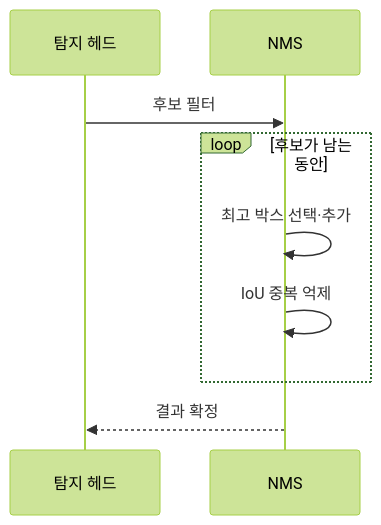
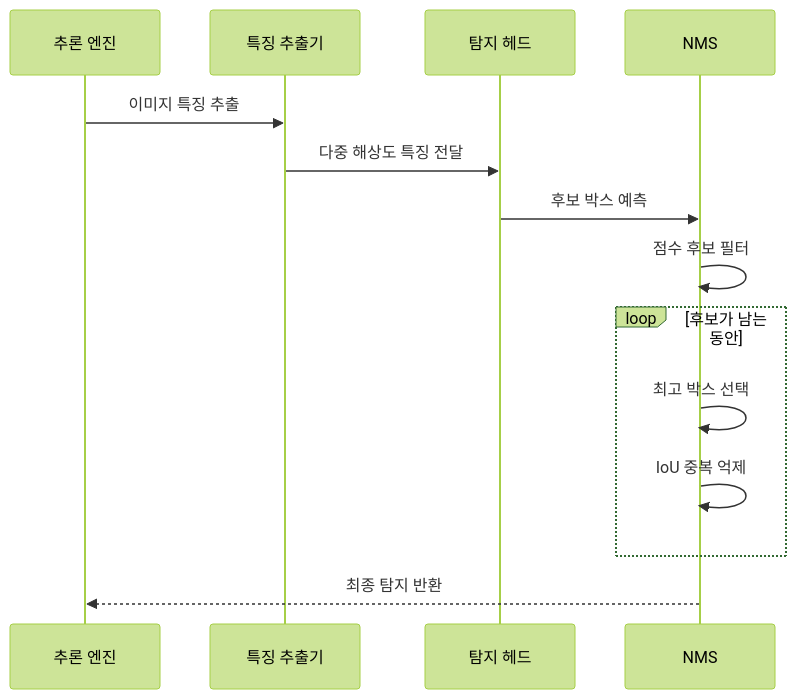
The second of 2 diagrams in src/content/docs/notes/01-basic-theory/055_object_detection.md (agnusdei1207/knowledge-base), drawn with Mermaid (forest theme) before and after one commit. The commit also changed other lines of this file and 7 other files, not shown here.

````diff
--- a/src/content/docs/notes/01-basic-theory/055_object_detection.md
+++ b/src/content/docs/notes/01-basic-theory/055_object_detection.md
@@ -78,11 +78,16 @@
 ```mermaid
 sequenceDiagram
+    participant I as 추론 엔진
+    participant F as 특징 추출기
     participant D as 탐지 헤드
     participant N as NMS
-    D->>N: 후보 필터
+    I->>F: 이미지 특징 추출
+    F->>D: 다중 해상도 특징 전달
+    D->>N: 후보 박스 예측
+    N->>N: 점수 후보 필터
     loop 후보가 남는 동안
-        N->>N: 최고 박스 선택·추가
+        N->>N: 최고 박스 선택
         N->>N: IoU 중복 억제
     end
-    N-->>D: 결과 확정
+    N-->>I: 최종 탐지 반환
 ```
````
